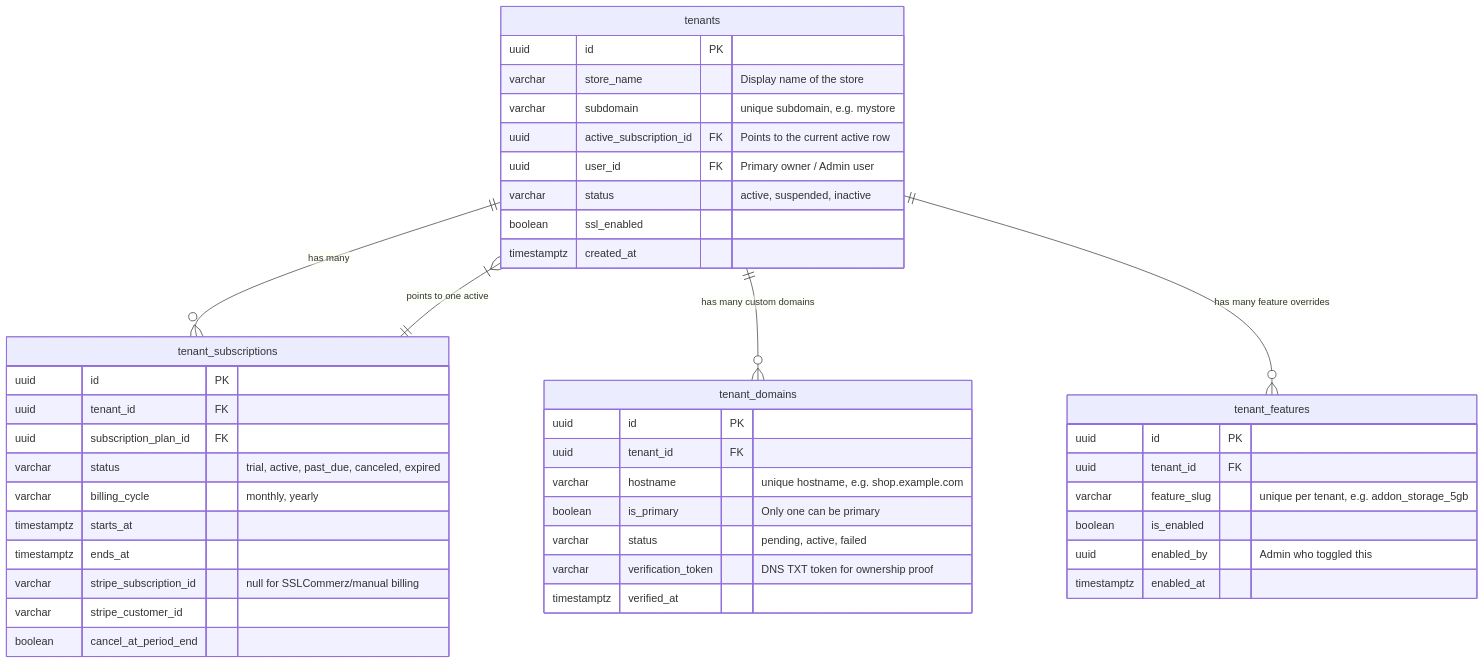
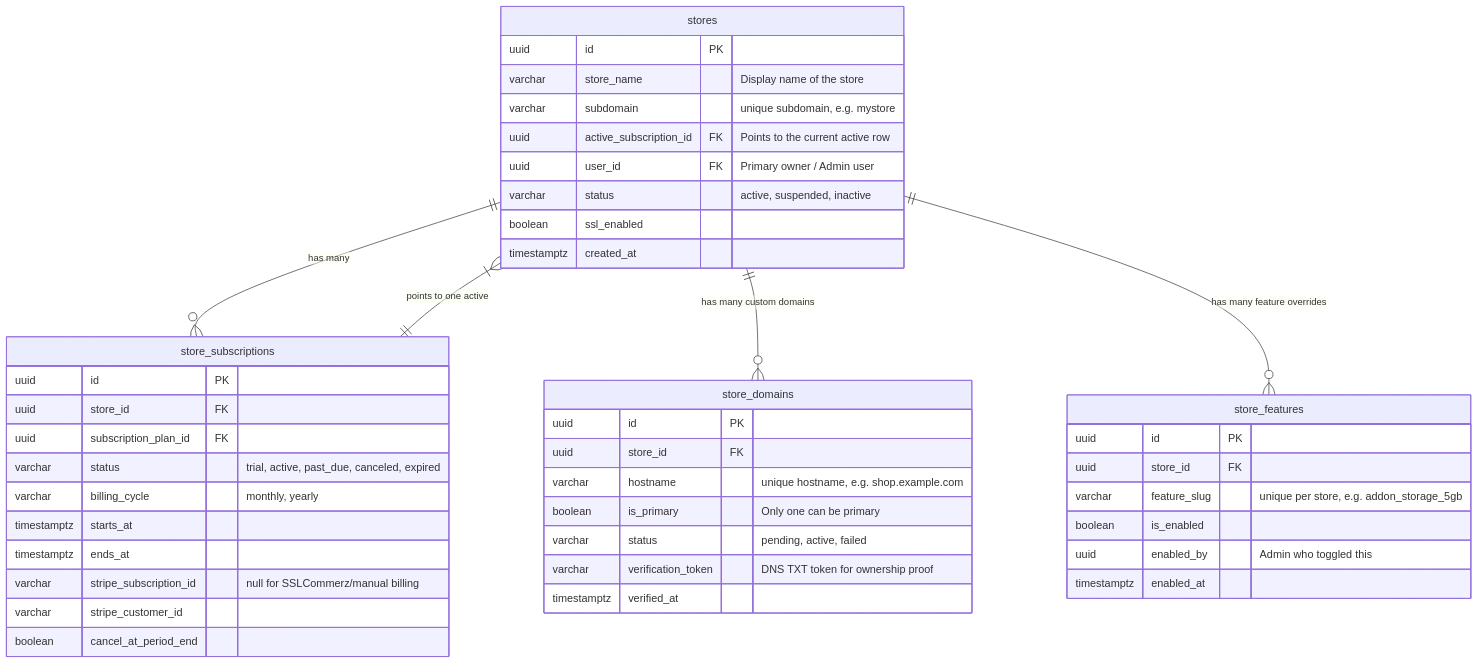
One commit to gowtamkumar/eCommerce-multi-store-saas-erp changed the second of 2 diagrams in doc/system-design/subscription_and_addons_architecture.md. Above: the diagram before and after it, drawn with Mermaid. The commit also changed other lines of this file and 764 other files, not shown here.

````diff
--- a/doc/system-design/subscription_and_addons_architecture.md
+++ b/doc/system-design/subscription_and_addons_architecture.md
@@ -288,50 +288,50 @@
 ```mermaid
 erDiagram
-    tenants ||--o{ tenant_subscriptions : "has many"
-    tenants ||--o{ tenant_domains : "has many custom domains"
-    tenants ||--o{ tenant_features : "has many feature overrides"
-    tenants }|--|| tenant_subscriptions : "points to one active"
+    stores ||--o{ store_subscriptions : "has many"
+    stores ||--o{ store_domains : "has many custom domains"
+    stores ||--o{ store_features : "has many feature overrides"
+    stores }|--|| store_subscriptions : "points to one active"
 
-    tenants {
+    stores {
         uuid id PK
         varchar store_name "Display name of the store"
         varchar subdomain "unique subdomain, e.g. mystore"
         uuid active_subscription_id FK "Points to the current active row"
         uuid user_id FK "Primary owner / Admin user"
         varchar status "active, suspended, inactive"
         boolean ssl_enabled
         timestamptz created_at
     }
 
-    tenant_subscriptions {
+    store_subscriptions {
         uuid id PK
-        uuid tenant_id FK
+        uuid store_id FK
         uuid subscription_plan_id FK
         varchar status "trial, active, past_due, canceled, expired"
         varchar billing_cycle "monthly, yearly"
         timestamptz starts_at
         timestamptz ends_at
         varchar stripe_subscription_id "null for SSLCommerz/manual billing"
         varchar stripe_customer_id
         boolean cancel_at_period_end
     }
 
-    tenant_domains {
+    store_domains {
         uuid id PK
-        uuid tenant_id FK
+        uuid store_id FK
         varchar hostname "unique hostname, e.g. shop.example.com"
         boolean is_primary "Only one can be primary"
         varchar status "pending, active, failed"
         varchar verification_token "DNS TXT token for ownership proof"
         timestamptz verified_at
     }
 
-    tenant_features {
+    store_features {
         uuid id PK
-        uuid tenant_id FK
-        varchar feature_slug "unique per tenant, e.g. addon_storage_5gb"
+        uuid store_id FK
+        varchar feature_slug "unique per store, e.g. addon_storage_5gb"
         boolean is_enabled
         uuid enabled_by "Admin who toggled this"
         timestamptz enabled_at
     }
 ```
````
